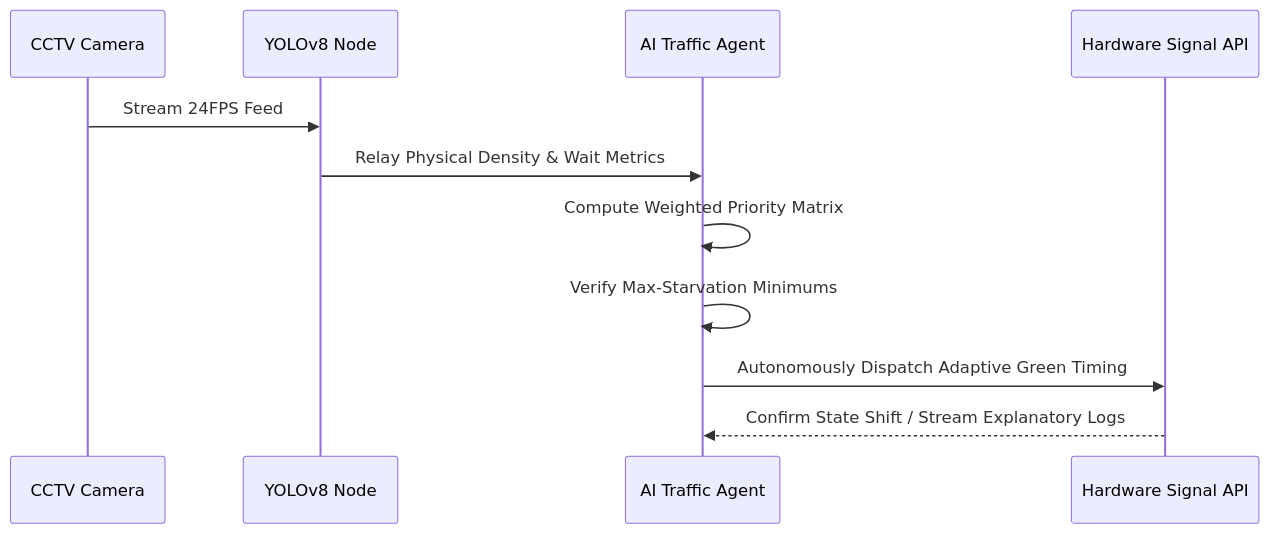
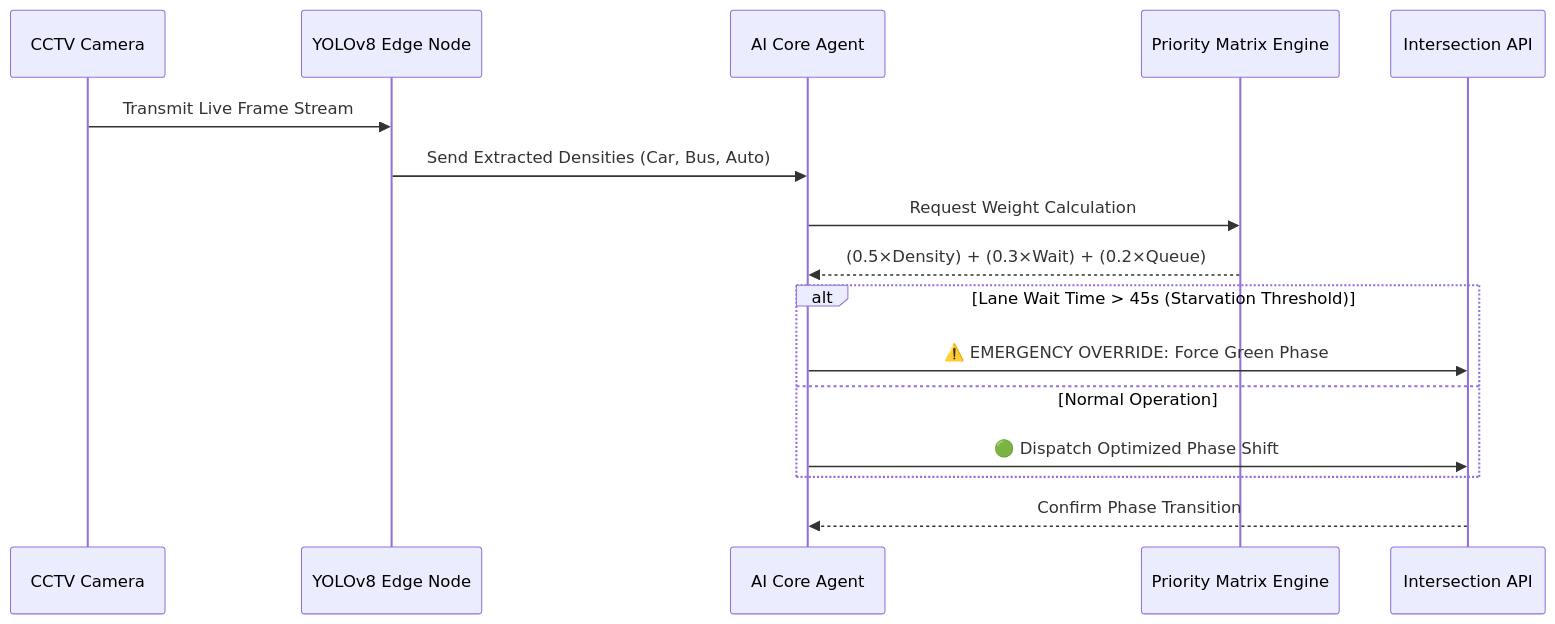
The second of 3 diagrams in README.md (vaishnavi-ctrl-jpg/SIGNAL-X), drawn with Mermaid before and after one commit. The commit also changed other lines of this file and 4 other files, not shown here.

Commit message:
chore: Update README with GCP deployment details, diagrams, and add server deployment files

````diff
--- a/README.md
+++ b/README.md
@@ -38,13 +50,21 @@
 ```mermaid
 sequenceDiagram
     participant Cam as CCTV Camera
-    participant Vision as YOLOv8 Node
-    participant Agent as AI Traffic Agent
-    participant Sig as Hardware Signal API
-    Cam->>Vision: Stream 24FPS Feed
-    Vision->>Agent: Relay Physical Density & Wait Metrics
-    Agent->>Agent: Compute Weighted Priority Matrix
-    Agent->>Agent: Verify Max-Starvation Minimums
-    Agent->>Sig: Autonomously Dispatch Adaptive Green Timing
-    Sig-->>Agent: Confirm State Shift / Stream Explanatory Logs
+    participant YOLO as YOLOv8 Edge Node
+    participant Agent as AI Core Agent
+    participant Matrix as Priority Matrix Engine
+    participant Sig as Intersection API
+    
+    Cam->>YOLO: Transmit Live Frame Stream
+    YOLO->>Agent: Send Extracted Densities (Car, Bus, Auto)
+    Agent->>Matrix: Request Weight Calculation
+    Matrix-->>Agent: (0.5×Density) + (0.3×Wait) + (0.2×Queue)
+    
+    alt Lane Wait Time > 45s (Starvation Threshold)
+        Agent->>Sig: ⚠️ EMERGENCY OVERRIDE: Force Green Phase
+    else Normal Operation
+        Agent->>Sig: 🟢 Dispatch Optimized Phase Shift
+    end
+    
+    Sig-->>Agent: Confirm Phase Transition
 ```
````
